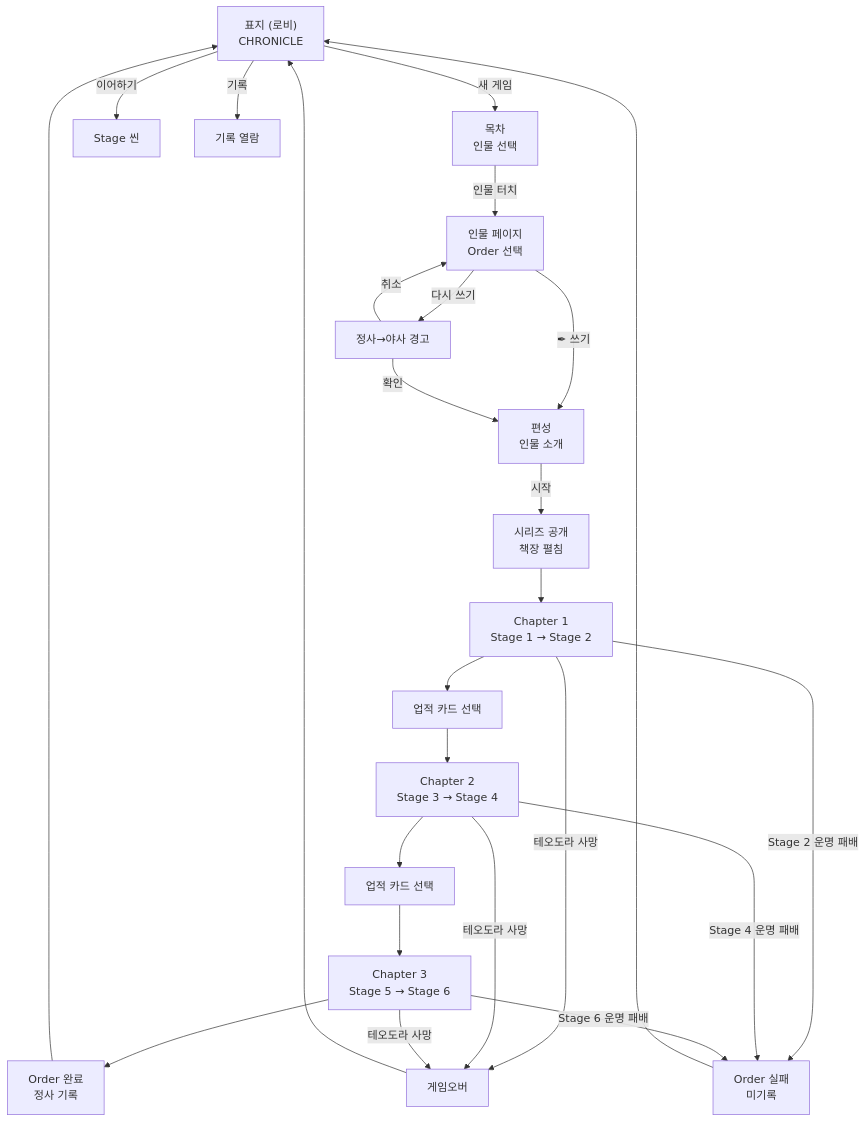
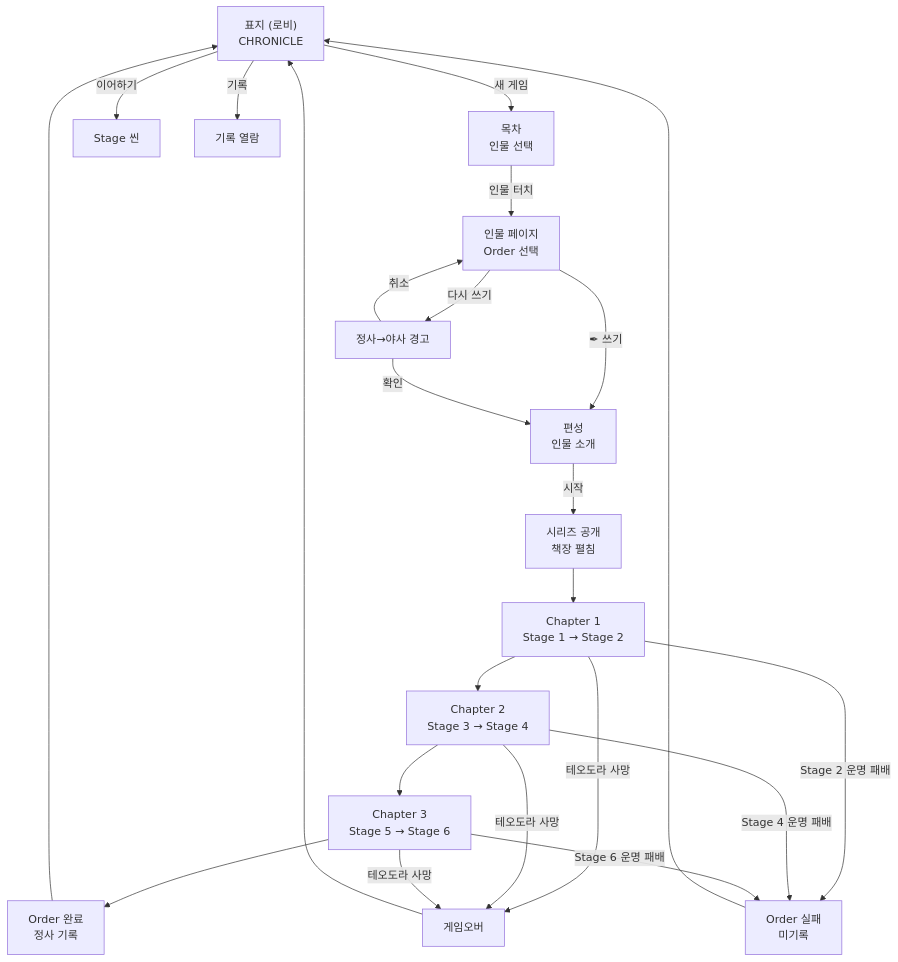
The diagram in 04_메타/책구조.md (roam1215-beep/Chronicle-wiki), drawn with Mermaid before and after one commit. The commit also changed other lines of this file and 5 other files, not shown here.

````diff
--- a/04_메타/책구조.md
+++ b/04_메타/책구조.md
@@ -128,31 +124,29 @@
 ```mermaid
 flowchart TD
     COVER["표지 (로비)\nCHRONICLE"] -->|새 게임| TOC["목차\n인물 선택"]
     COVER -->|이어하기| STAGE["Stage 씬"]
     COVER -->|기록| RECORD["기록 열람"]
     
     TOC -->|인물 터치| CHARPAGE["인물 페이지\nOrder 선택"]
     
     CHARPAGE -->|✒ 쓰기| FORMATION["편성\n인물 소개"]
     CHARPAGE -->|다시 쓰기| WARN["정사→야사 경고"]
     WARN -->|확인| FORMATION
     WARN -->|취소| CHARPAGE
     
     FORMATION -->|시작| SERIES["시리즈 공개\n책장 펼침"]
     SERIES --> CH1["Chapter 1\nStage 1 → Stage 2"]
-    CH1 --> ACHIEVE1["업적 카드 선택"]
-    ACHIEVE1 --> CH2["Chapter 2\nStage 3 → Stage 4"]
-    CH2 --> ACHIEVE2["업적 카드 선택"]
-    ACHIEVE2 --> CH3["Chapter 3\nStage 5 → Stage 6"]
+    CH1 --> CH2["Chapter 2\nStage 3 → Stage 4"]
+    CH2 --> CH3["Chapter 3\nStage 5 → Stage 6"]
     CH3 --> SAVE["Order 완료\n정사 기록"]
     SAVE --> COVER
     
     CH1 -->|테오도라 사망| GAMEOVER["게임오버"]
     CH2 -->|테오도라 사망| GAMEOVER
     CH3 -->|테오도라 사망| GAMEOVER
     CH1 -->|Stage 2 운명 패배| FAIL["Order 실패\n미기록"]
     CH2 -->|Stage 4 운명 패배| FAIL
     CH3 -->|Stage 6 운명 패배| FAIL
     GAMEOVER --> COVER
     FAIL --> COVER
 ```
````
